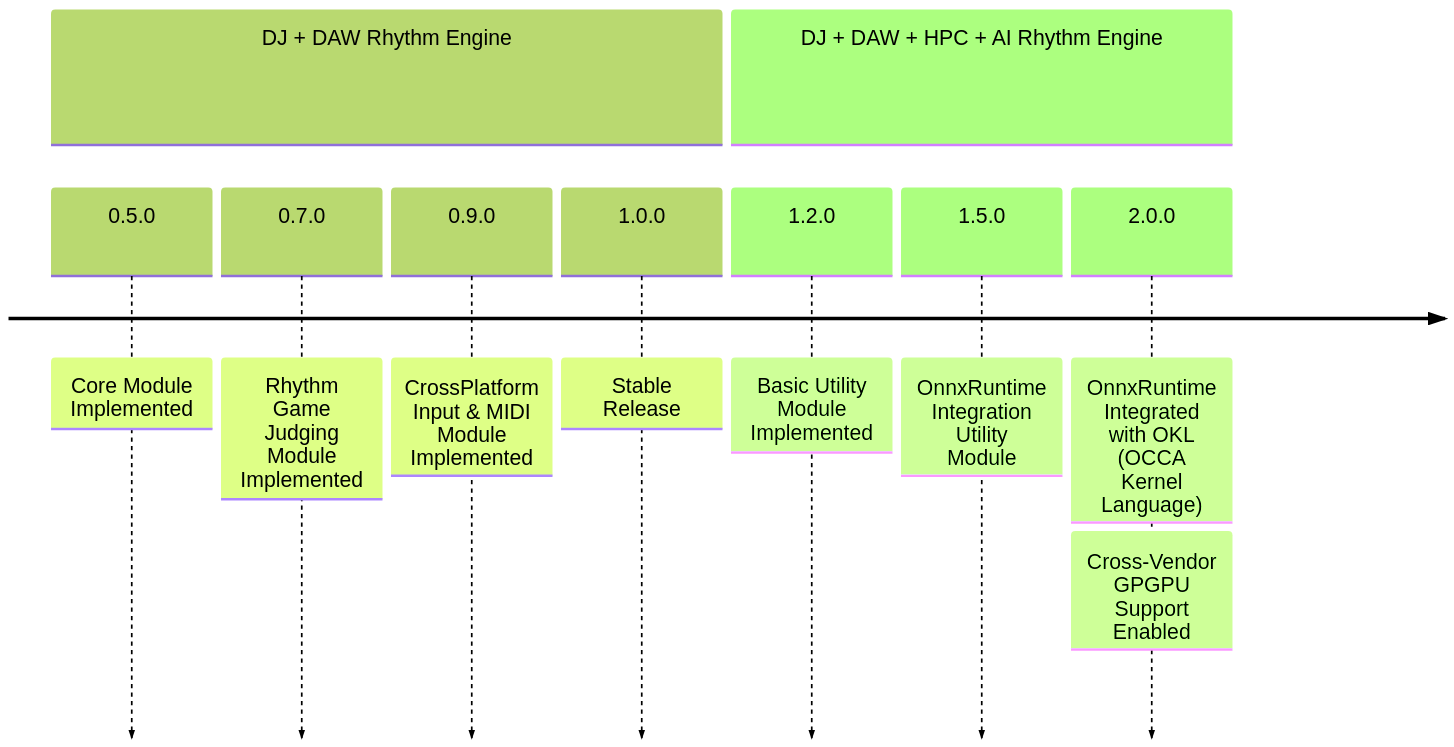
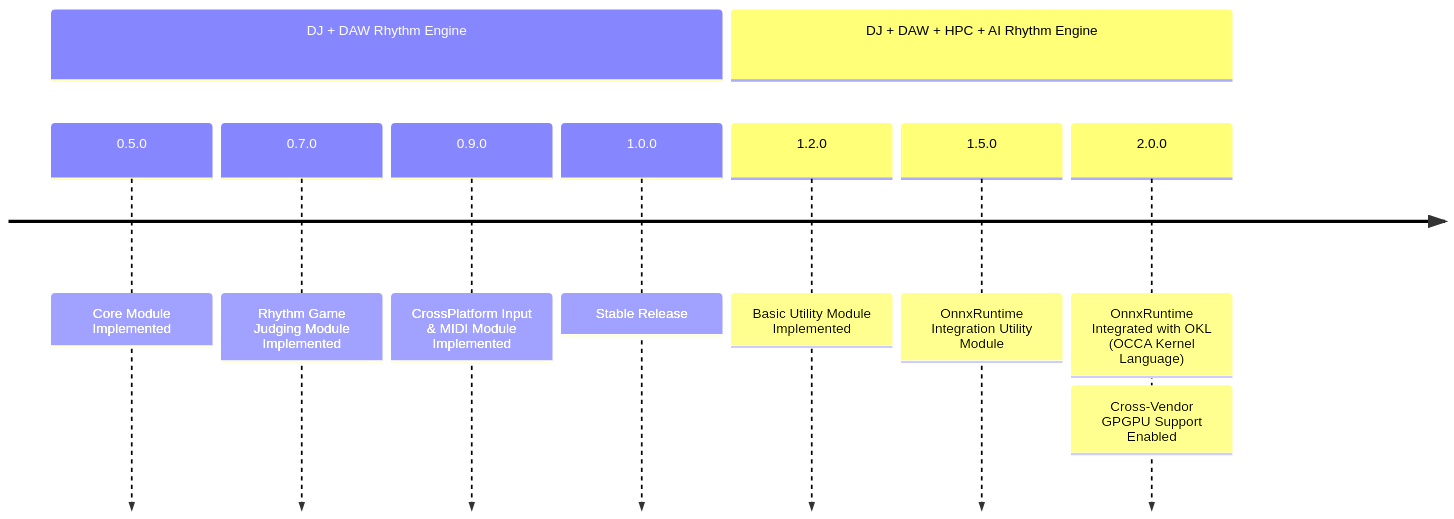
The diagram in document_sources/index.rst (Rliop913/Project-DJ-Engine), drawn with Mermaid before and after one commit. The commit also changed other lines of this file and 329 other files, not shown here.

```diff
--- a/document_sources/index.rst
+++ b/document_sources/index.rst
@@ -83,18 +80,14 @@
 .. mermaid::
-  ---
-  config:
-    theme: 'forest'
-    themeVariables:
-      fontSize: '25px'
-  ---
+  :config: {"theme":"forest","themeVariables":{"fontSize":"25px"}}
+
   timeline
     section DJ + DAW Rhythm Engine
       0.5.0 : Core Module Implemented
       0.7.0 : Rhythm Game Judging Module Implemented
       0.9.0 : CrossPlatform Input & MIDI Module Implemented
       1.0.0 : Stable Release
     section DJ + DAW + HPC + AI Rhythm Engine
       1.2.0 : Basic Utility Module Implemented
       1.5.0 : OnnxRuntime Integration Utility Module
       2.0.0 : OnnxRuntime Integrated with OKL (OCCA Kernel Language)
             : Cross-Vendor GPGPU Support Enabled
```
